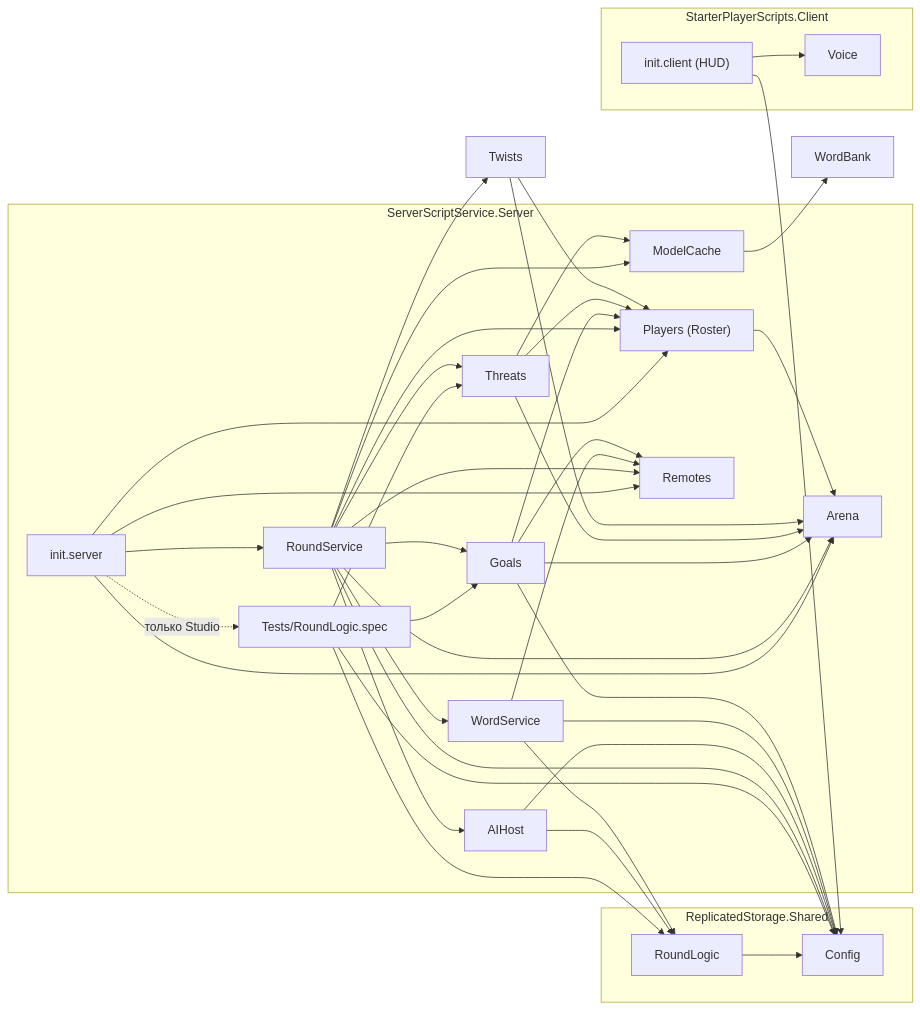
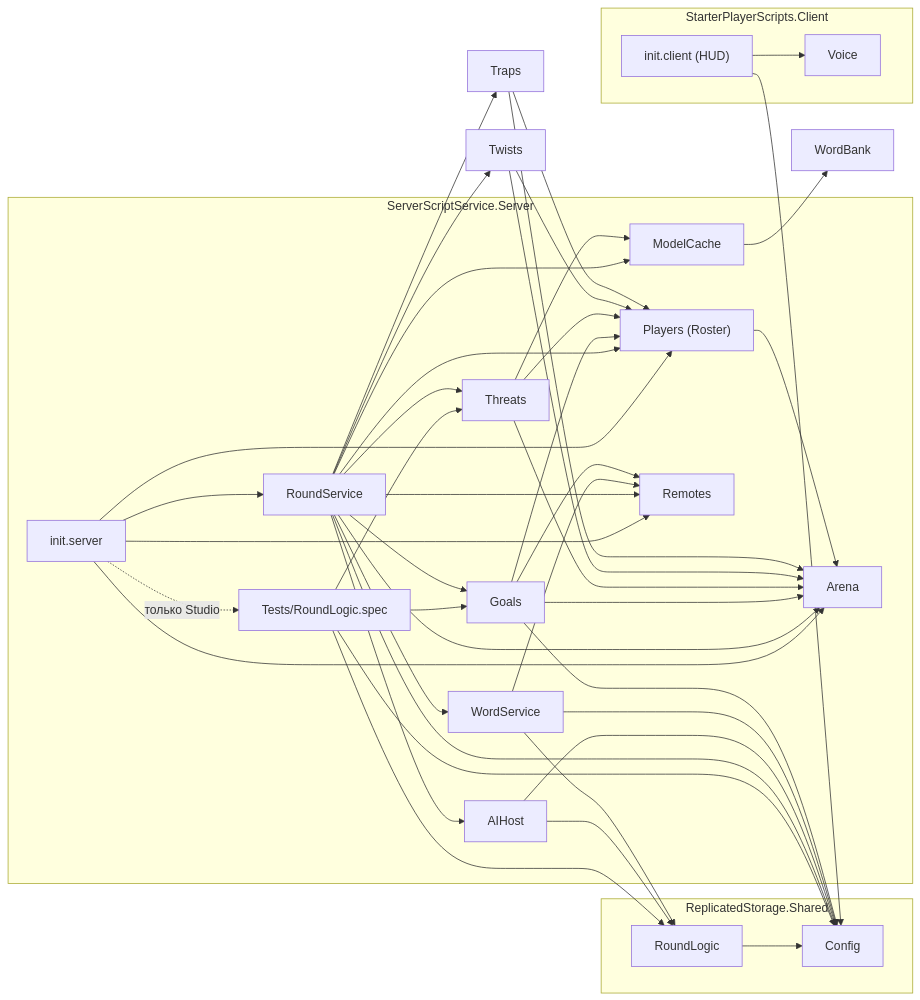
The first of 3 diagrams in docs/GRAPH.md (HageZERO2/AI-SAYS), drawn with Mermaid before and after one commit. The commit also changed 7 other files, not shown here.

````diff
--- a/docs/GRAPH.md
+++ b/docs/GRAPH.md
@@ -7,38 +7,39 @@
 ```mermaid
 graph LR
   subgraph Shared["ReplicatedStorage.Shared"]
     Config
     RoundLogic
   end
   subgraph Server["ServerScriptService.Server"]
     init["init.server"]
     Spec["Tests/RoundLogic.spec"]
     RoundService
     AIHost
     Goals
     Threats
     Players["Players (Roster)"]
     Arena
     WordService
     ModelCache
     Remotes
   end
   subgraph Client["StarterPlayerScripts.Client"]
     initc["init.client (HUD)"]
     Voice
   end
 
   init --> Remotes & Arena & Players & RoundService
   init -. только Studio .-> Spec
   Spec --> RoundLogic & Config & Goals & Threats
-  RoundService --> AIHost & Goals & Threats & Twists & Players & Arena & WordService & ModelCache & Remotes & Config
+  RoundService --> AIHost & Goals & Threats & Traps & Twists & Players & Arena & WordService & ModelCache & Remotes & Config
   AIHost --> RoundLogic & Config
   WordService --> RoundLogic & Config & Remotes
   Goals --> Arena & Players & Config & Remotes
   Threats --> Arena & Players & ModelCache
   Twists --> Arena & Players
+  Traps --> Arena & Players
   ModelCache --> WordBank
   Players --> Arena
   RoundLogic --> Config
   initc --> Voice & Config
 ```
````
